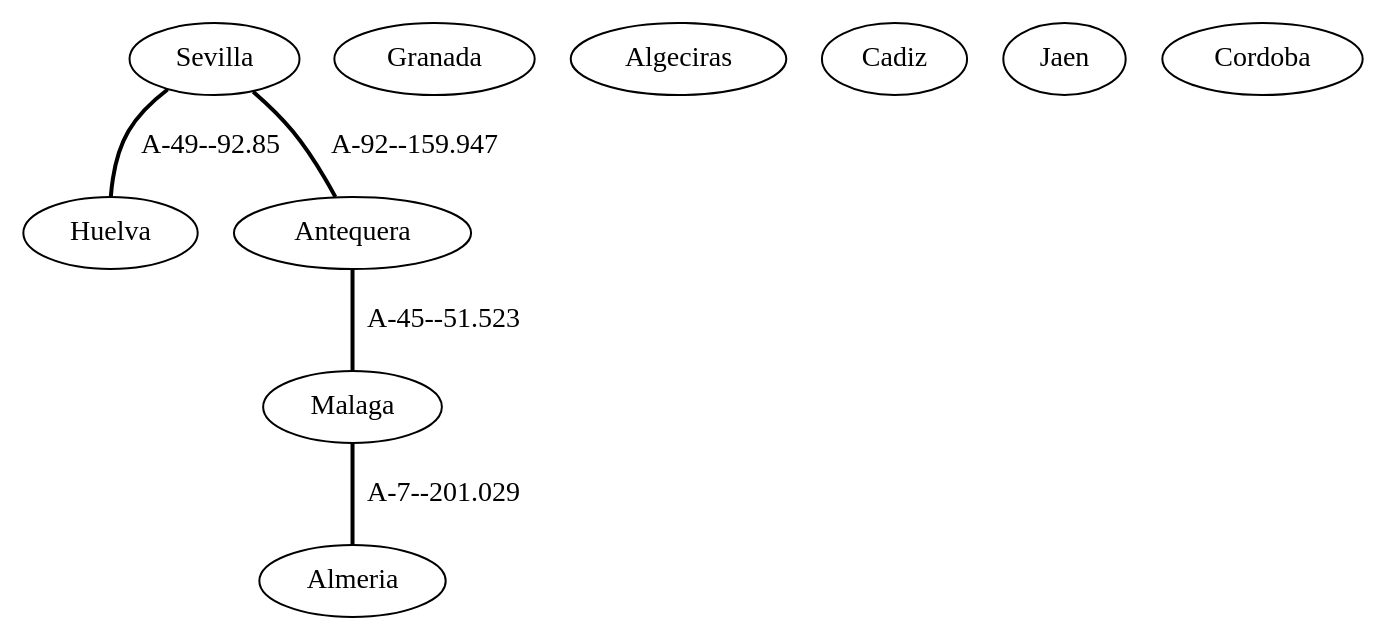
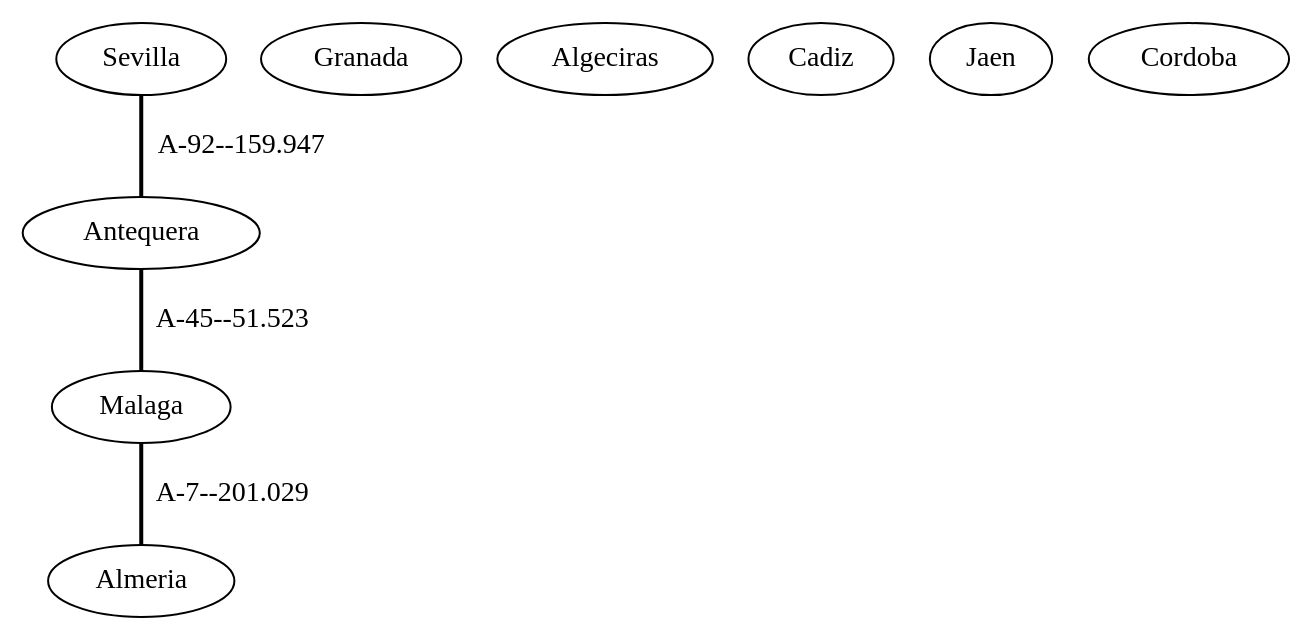
The diagram in java/EjemplosDeGrafos/ficheros/caminoMinimoAndalucia2.gv (migueltoro/ada_v2_18), drawn with Graphviz before and after one commit. The commit also changed 255 other files, not shown here.

```diff
--- a/java/EjemplosDeGrafos/ficheros/caminoMinimoAndalucia2.gv
+++ b/java/EjemplosDeGrafos/ficheros/caminoMinimoAndalucia2.gv
@@ -1,16 +1,14 @@
 strict graph G {
-  1 [ label="Huelva" ];
-  2 [ label="Sevilla" ];
-  3 [ label="Almeria" ];
-  4 [ label="Granada" ];
-  5 [ label="Algeciras" ];
-  6 [ label="Cadiz" ];
-  7 [ label="Malaga" ];
-  8 [ label="Jaen" ];
-  9 [ label="Antequera" ];
-  10 [ label="Cordoba" ];
-  2 -- 9 [ label="A-92--159.947" style="bold" ];
-  9 -- 7 [ label="A-45--51.523" style="bold" ];
-  7 -- 3 [ label="A-7--201.029" style="bold" ];
-  2 -- 1 [ label="A-49--92.85" style="bold" ];
+  1 [ label="Sevilla" ];
+  2 [ label="Almeria" ];
+  3 [ label="Granada" ];
+  4 [ label="Algeciras" ];
+  5 [ label="Cadiz" ];
+  6 [ label="Malaga" ];
+  7 [ label="Jaen" ];
+  8 [ label="Antequera" ];
+  9 [ label="Cordoba" ];
+  1 -- 8 [ label="A-92--159.947" style="bold" ];
+  8 -- 6 [ label="A-45--51.523" style="bold" ];
+  6 -- 2 [ label="A-7--201.029" style="bold" ];
 }
```
